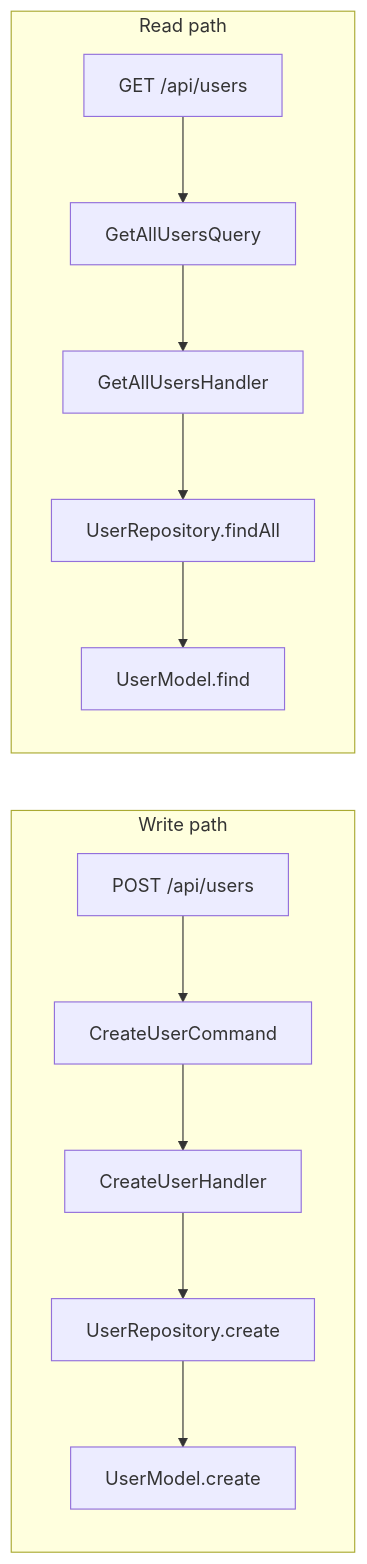
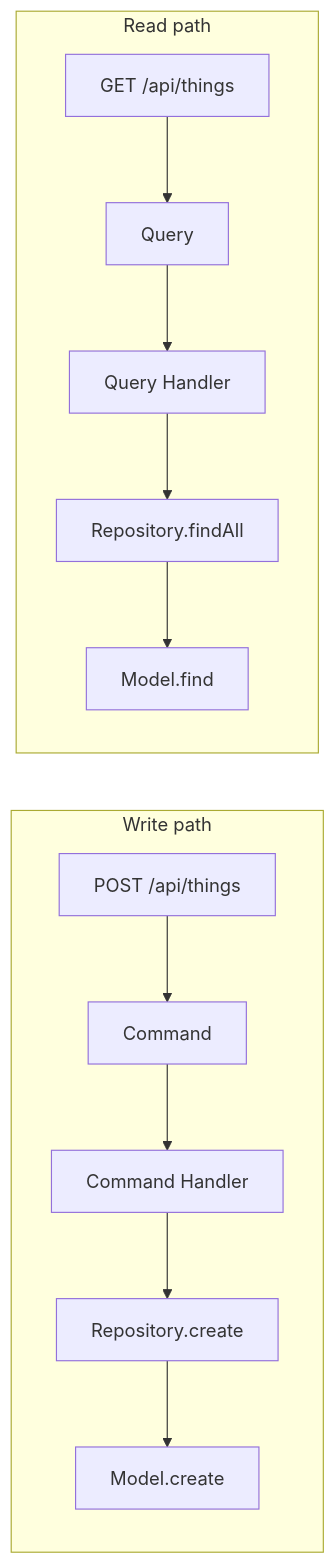
One commit to cloudtecki/the-woven-kitchen-api changed the third of 4 diagrams in docs/architecture.md. Above: the diagram before and after it, drawn with Mermaid. The commit also changed other lines of this file and 214 other files, not shown here.

````diff
--- a/docs/architecture.md
+++ b/docs/architecture.md
@@ -135,9 +126,9 @@
 ```mermaid
 flowchart LR
     subgraph Write path
-        POST[POST /api/users] --> CC[CreateUserCommand] --> CH[CreateUserHandler] --> WR[UserRepository.create] --> M1[UserModel.create]
+        POST[POST /api/things] --> CC[Command] --> CH[Command Handler] --> WR[Repository.create] --> M1[Model.create]
     end
     subgraph Read path
-        GET[GET /api/users] --> GQ[GetAllUsersQuery] --> GH[GetAllUsersHandler] --> RR[UserRepository.findAll] --> M2[UserModel.find]
+        GET[GET /api/things] --> GQ[Query] --> GH[Query Handler] --> RR[Repository.findAll] --> M2[Model.find]
     end
 ```
````
